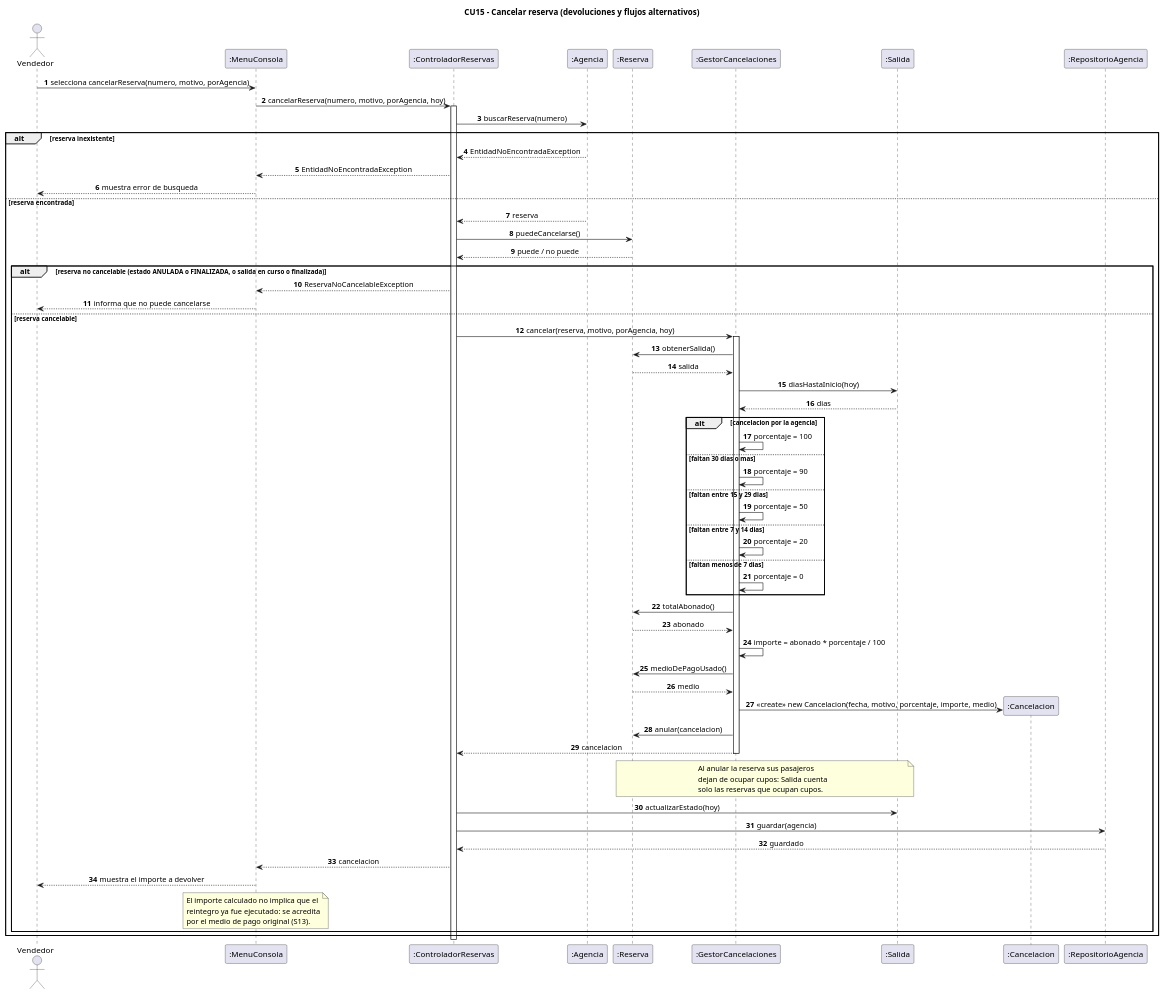
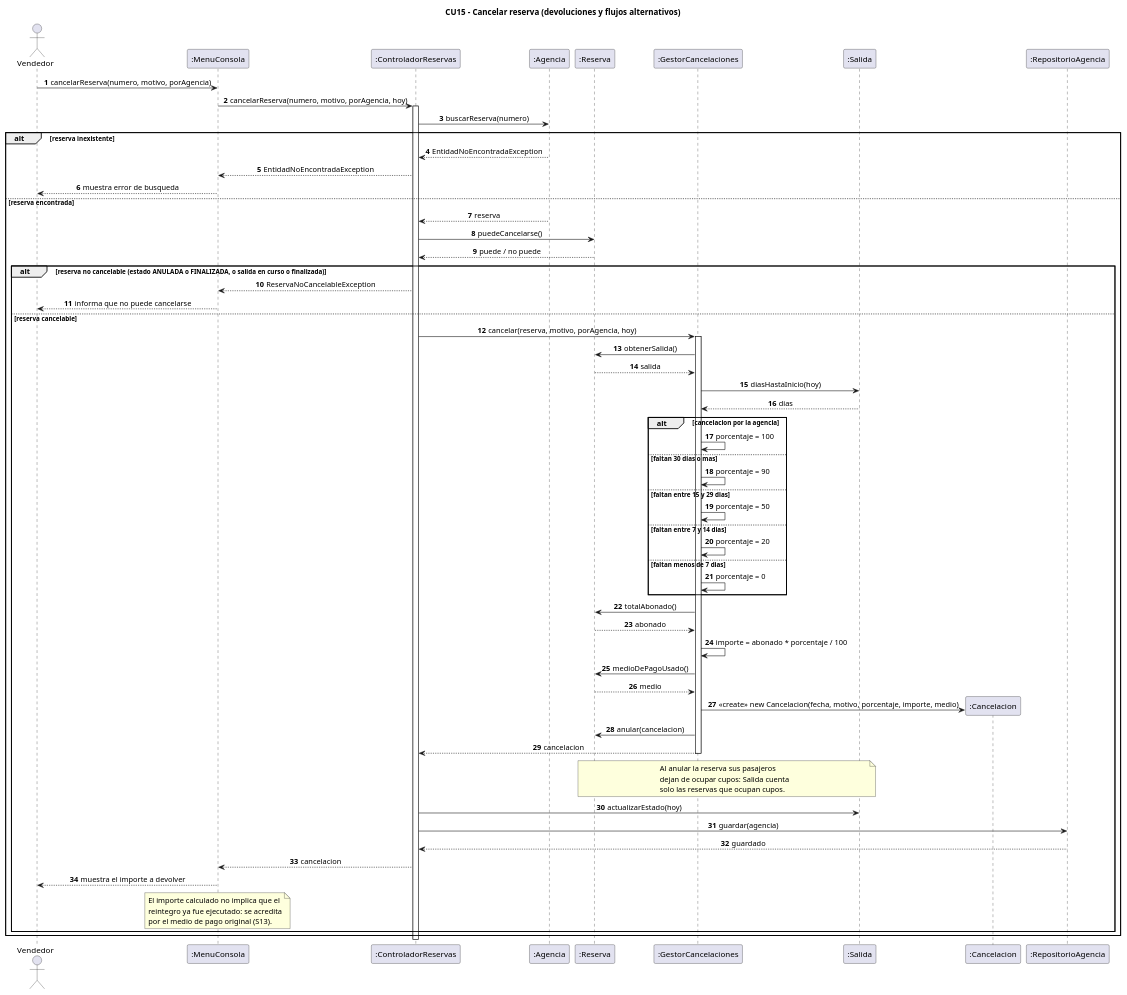
The diagram in docs/uml/03-secuencia-cancelar-reserva.puml (CarlosDanielOK/Avion), drawn with PlantUML before and after one commit. The commit also changed 25 other files, not shown here.

Commit message:
diagrama de uml mejorado por capas

```diff
--- a/docs/uml/03-secuencia-cancelar-reserva.puml
+++ b/docs/uml/03-secuencia-cancelar-reserva.puml
@@ -1,97 +1,97 @@
 @startuml 03-secuencia-cancelar-reserva
 title CU15 - Cancelar reserva (devoluciones y flujos alternativos)
 
 skinparam shadowing false
 skinparam backgroundColor White
 skinparam sequenceMessageAlign center
 autonumber
 
 actor Vendedor
 participant ":MenuConsola" as UI
 participant ":ControladorReservas" as CTRL
 participant ":Agencia" as AGE
 participant ":Reserva" as RES
 participant ":GestorCancelaciones" as GC
 participant ":Salida" as SAL
 participant ":Cancelacion" as CAN
 participant ":RepositorioAgencia" as REPO
 
-Vendedor -> UI : selecciona cancelarReserva(numero, motivo, porAgencia)
+Vendedor -> UI : cancelarReserva(numero, motivo, porAgencia)
 UI -> CTRL : cancelarReserva(numero, motivo, porAgencia, hoy)
 activate CTRL
 
 CTRL -> AGE : buscarReserva(numero)
 
 alt reserva inexistente
   AGE --> CTRL : EntidadNoEncontradaException
   CTRL --> UI : EntidadNoEncontradaException
   UI --> Vendedor : muestra error de busqueda
 
 else reserva encontrada
   AGE --> CTRL : reserva
   CTRL -> RES : puedeCancelarse()
   RES --> CTRL : puede / no puede
 
   alt reserva no cancelable (estado ANULADA o FINALIZADA, o salida en curso o finalizada)
     CTRL --> UI : ReservaNoCancelableException
     UI --> Vendedor : informa que no puede cancelarse
 
   else reserva cancelable
     CTRL -> GC : cancelar(reserva, motivo, porAgencia, hoy)
     activate GC
 
     GC -> RES : obtenerSalida()
     RES --> GC : salida
     GC -> SAL : diasHastaInicio(hoy)
     SAL --> GC : dias
 
     alt cancelacion por la agencia
       GC -> GC : porcentaje = 100
     else faltan 30 dias o mas
       GC -> GC : porcentaje = 90
     else faltan entre 15 y 29 dias
       GC -> GC : porcentaje = 50
     else faltan entre 7 y 14 dias
       GC -> GC : porcentaje = 20
     else faltan menos de 7 dias
       GC -> GC : porcentaje = 0
     end
 
     GC -> RES : totalAbonado()
     RES --> GC : abonado
 
     GC -> GC : importe = abonado * porcentaje / 100
 
     GC -> RES : medioDePagoUsado()
     RES --> GC : medio
 
     create CAN
     GC -> CAN : <<create>> new Cancelacion(fecha, motivo, porcentaje, importe, medio)
 
     GC -> RES : anular(cancelacion)
     GC --> CTRL : cancelacion
     deactivate GC
 
     note over RES,SAL
       Al anular la reserva sus pasajeros
       dejan de ocupar cupos: Salida cuenta
       solo las reservas que ocupan cupos.
     end note
 
     CTRL -> SAL : actualizarEstado(hoy)
     CTRL -> REPO : guardar(agencia)
     REPO --> CTRL : guardado
 
     CTRL --> UI : cancelacion
     UI --> Vendedor : muestra el importe a devolver
 
     note over UI
       El importe calculado no implica que el
       reintegro ya fue ejecutado: se acredita
       por el medio de pago original (S13).
     end note
   end
 end
 
 deactivate CTRL
 @enduml
```
